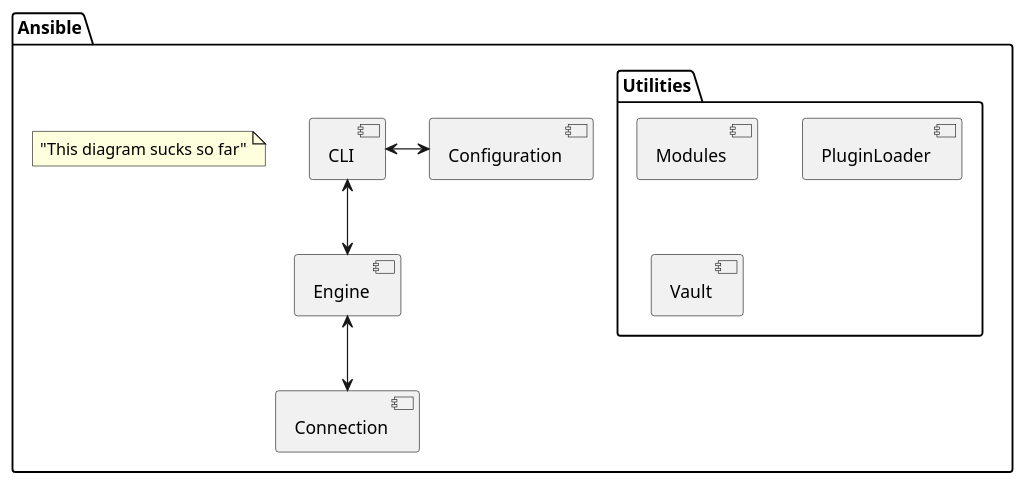
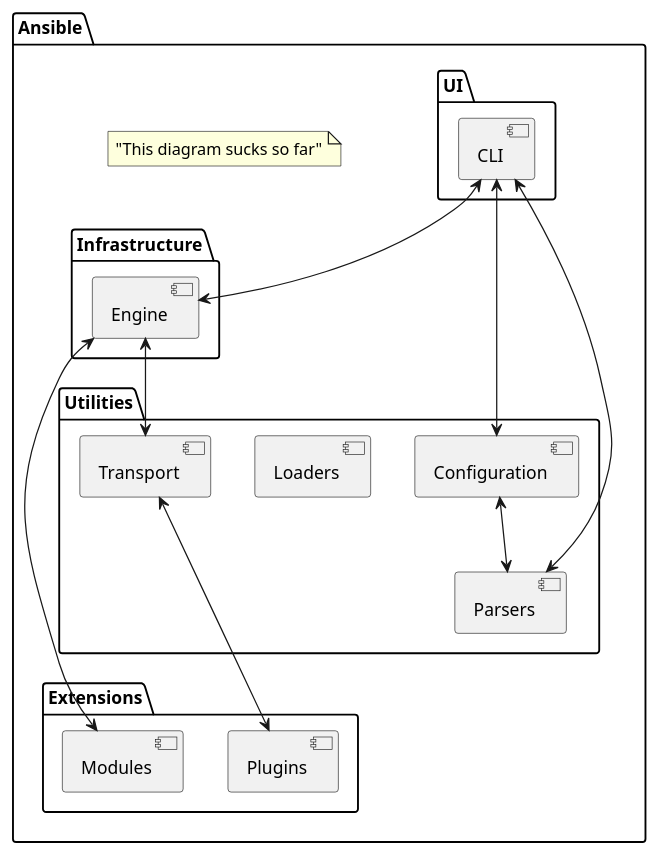
The diagram in project/uml/ansibleElements.puml (ezequiels/nazz), drawn with PlantUML before and after one commit.

Commit message:
Additional diagrams

```diff
--- a/project/uml/ansibleElements.puml
+++ b/project/uml/ansibleElements.puml
@@ -1,20 +1,39 @@
 @startuml
 
 package "Ansible" {
 
-    [CLI] <--> [Engine]
-    [Engine] <--> [Connection]
-    [CLI] <-> [Configuration]
-    [Connection]
+    package "UI" {
+        [CLI]
+    }
+
+    package "Infrastructure" {
+        [Engine]
+    }
 
     package "Utilities" {
+        [Loaders]
+        [Parsers]
+        [Transport]
+        [Configuration]
+    }
+
+    package "Extensions" {
         [Modules]
-        [PluginLoader]
-        [Vault]
+        [Plugins]
     }
+
+    [CLI] <--> [Engine]
+    [CLI] <-> [Configuration]
+    [Configuration] <--> [Parsers]
+    [CLI] <--> [Parsers]
+    [Engine] <--> [Transport]
+    [Transport] <---> [Plugins]
+    [Engine] <--> [Modules]
+
+
     note as Note
      "This diagram sucks so far"
     end note
 }
 
 @enduml
```
